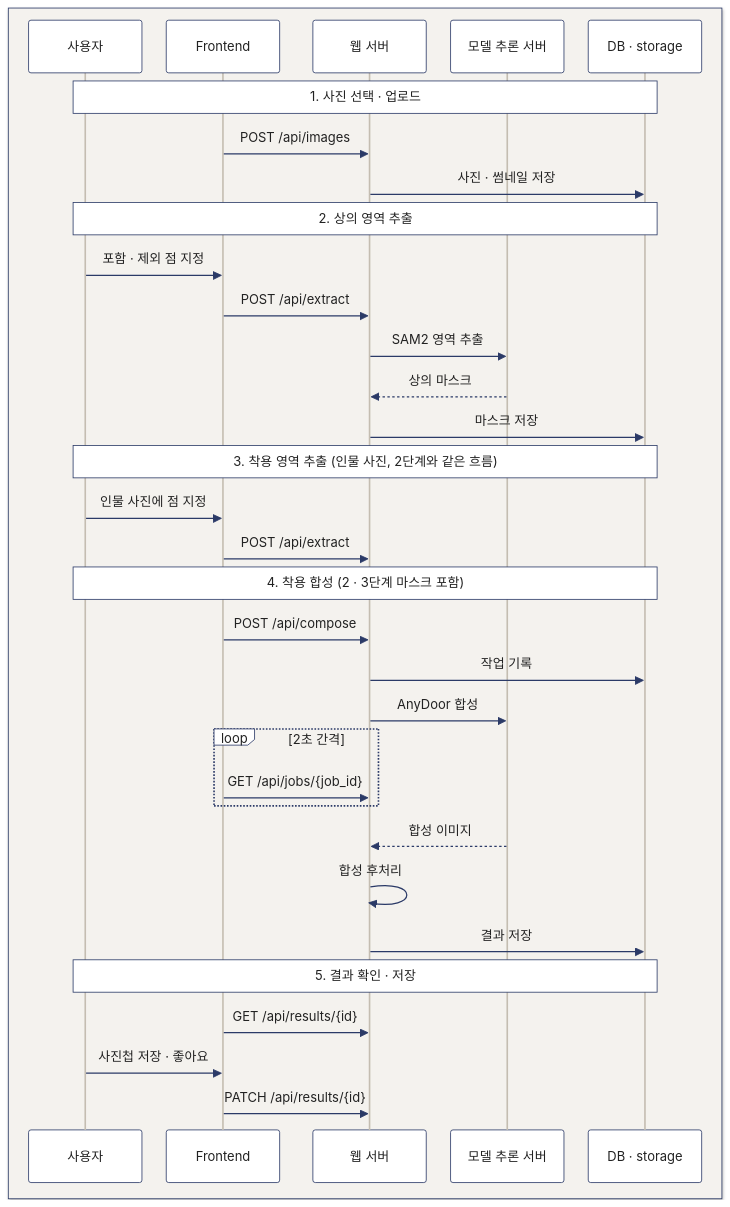
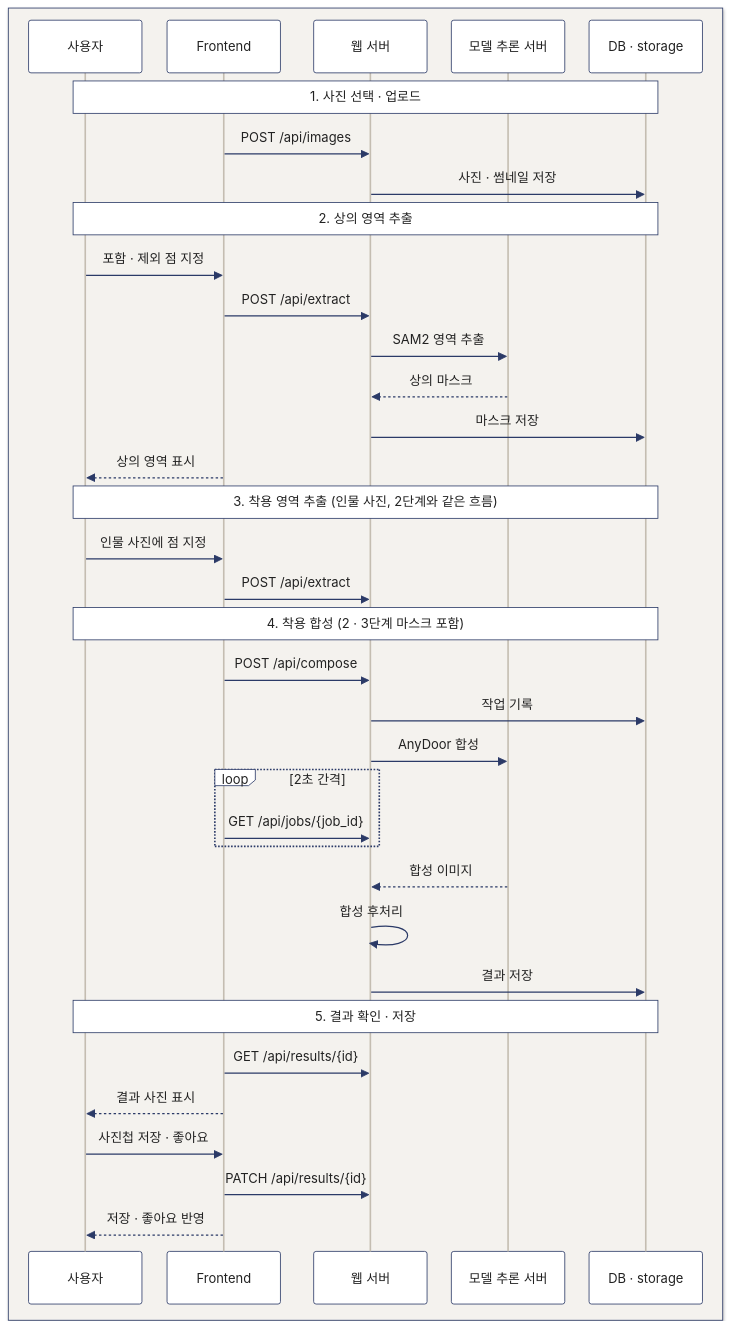
One commit to Jenny5789/CGI_MOA changed the first of 6 diagrams in README.md. Above: the diagram before and after it, drawn with Mermaid. The commit also changed other lines of this file, not shown here.

First line of the commit message:
docs: README 접기 정리와 시퀀스 다이어그램 보완

````diff
--- a/README.md
+++ b/README.md
@@ -159,37 +159,40 @@
 ```mermaid
 %%{init: {'theme':'base','themeVariables':{'fontSize':'18px','primaryColor':'#ffffff','primaryBorderColor':'#2b3a67','primaryTextColor':'#222222','textColor':'#222222','lineColor':'#2b3a67','mainBkg':'#ffffff','nodeBorder':'#2b3a67','secondaryColor':'#f4f2ee','tertiaryColor':'#f4f2ee','edgeLabelBackground':'#f4f2ee','actorBkg':'#ffffff','actorBorder':'#2b3a67','actorTextColor':'#222222','actorLineColor':'#c4bdb1','signalColor':'#2b3a67','signalTextColor':'#222222','labelBoxBkgColor':'#ffffff','labelBoxBorderColor':'#2b3a67','labelTextColor':'#222222','loopTextColor':'#222222','noteBkgColor':'#ffffff','noteBorderColor':'#2b3a67','noteTextColor':'#222222'},'sequence':{'actorMargin':30,'width':140,'wrap':true}}}%%
 sequenceDiagram
     box rgb(244,242,238)
         participant U as 사용자
         participant F as Frontend
         participant B as 웹 서버
         participant A as 모델 추론 서버
         participant S as DB · storage
     end
     Note over U,S: 1. 사진 선택 · 업로드
     F->>B: POST /api/images
     B->>S: 사진 · 썸네일 저장
     Note over U,S: 2. 상의 영역 추출
     U->>F: 포함 · 제외 점 지정
     F->>B: POST /api/extract
     B->>A: SAM2 영역 추출
     A-->>B: 상의 마스크
     B->>S: 마스크 저장
+    F-->>U: 상의 영역 표시
     Note over U,S: 3. 착용 영역 추출 (인물 사진, 2단계와 같은 흐름)
     U->>F: 인물 사진에 점 지정
     F->>B: POST /api/extract
     Note over U,S: 4. 착용 합성 (2 · 3단계 마스크 포함)
     F->>B: POST /api/compose
     B->>S: 작업 기록
     B->>A: AnyDoor 합성
     loop 2초 간격
         F->>B: GET /api/jobs/{job_id}
     end
     A-->>B: 합성 이미지
     B->>B: 합성 후처리
     B->>S: 결과 저장
     Note over U,S: 5. 결과 확인 · 저장
     F->>B: GET /api/results/{id}
+    F-->>U: 결과 사진 표시
     U->>F: 사진첩 저장 · 좋아요
     F->>B: PATCH /api/results/{id}
+    F-->>U: 저장 · 좋아요 반영
 ```
````
